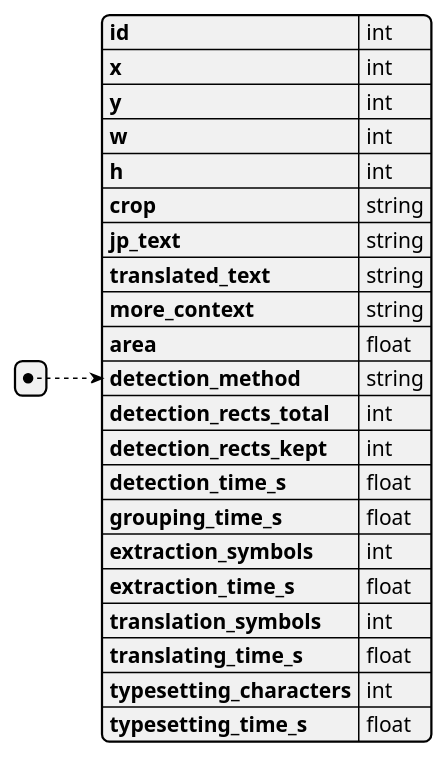
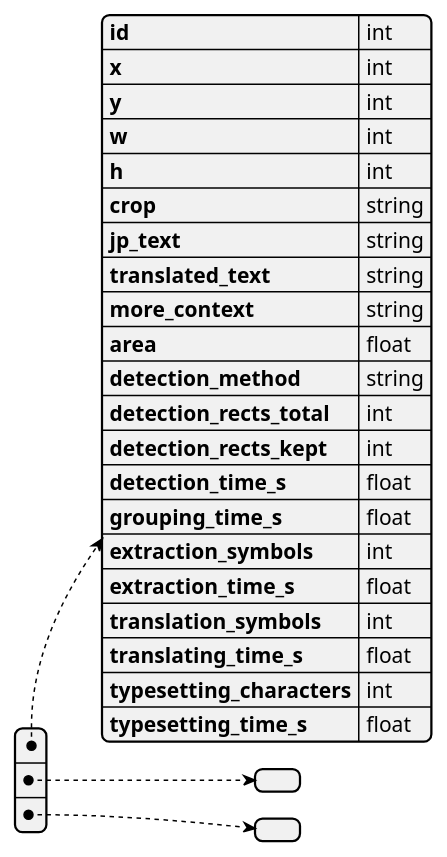
One commit to Chipskein/ftm changed the diagram in docs/diagrams/document.pu. Above: the diagram before and after it, drawn with PlantUML. The commit also changed 4 other files, not shown here.

Commit message:
ajustar diagrams

```diff
--- a/docs/diagrams/document.pu
+++ b/docs/diagrams/document.pu
@@ -1,27 +1,29 @@
 @startjson
 [
 {
     "id": "int",
     "x": "int",
     "y": "int",
     "w": "int",
     "h": "int",
     "crop": "string",
     "jp_text": "string",
     "translated_text": "string",
     "more_context": "string",
     "area": "float",
     "detection_method": "string",
     "detection_rects_total": "int",
     "detection_rects_kept": "int",
     "detection_time_s": "float",
     "grouping_time_s": "float",
     "extraction_symbols": "int",
     "extraction_time_s": "float",
     "translation_symbols": "int",
     "translating_time_s": "float",
     "typesetting_characters": "int",
     "typesetting_time_s": "float"
-}
+},
+{},
+{}
 ]
 @endjson
```
